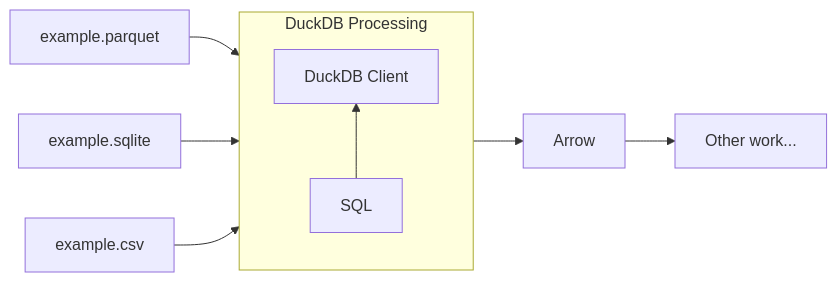
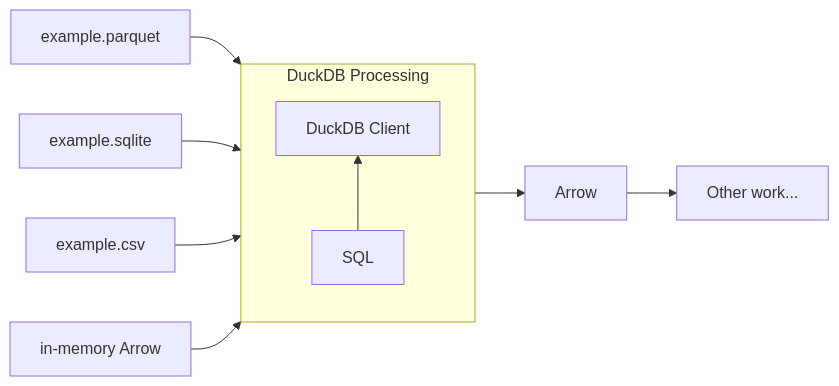
The third of 3 diagrams in _posts/2022-XX-XX-Inter-Lingual-Data-Engineering.md (d33bs/set-website), drawn with Mermaid before and after one commit. The commit also changed other lines of this file, not shown here.

Commit message:
sql content; example placeholder

````diff
--- a/_posts/2022-XX-XX-Inter-Lingual-Data-Engineering.md
+++ b/_posts/2022-XX-XX-Inter-Lingual-Data-Engineering.md
@@ -57,12 +57,13 @@
 ```mermaid
 flowchart LR
     subgraph duckdb["DuckDB Processing"]
         direction BT
         SQL[SQL] --> DuckDB[DuckDB Client]
     end
     parquet1[example.parquet] --> duckdb
-    parquet2[example.sqlite] --> duckdb
-    parquet3[example.csv] --> duckdb
+    sqlite[example.sqlite] --> duckdb
+    csv[example.csv] --> duckdb
+    arrow["in-memory Arrow"] --> duckdb
     duckdb --> Arrow
     Arrow --> Other[Other work...]
 ```
````
